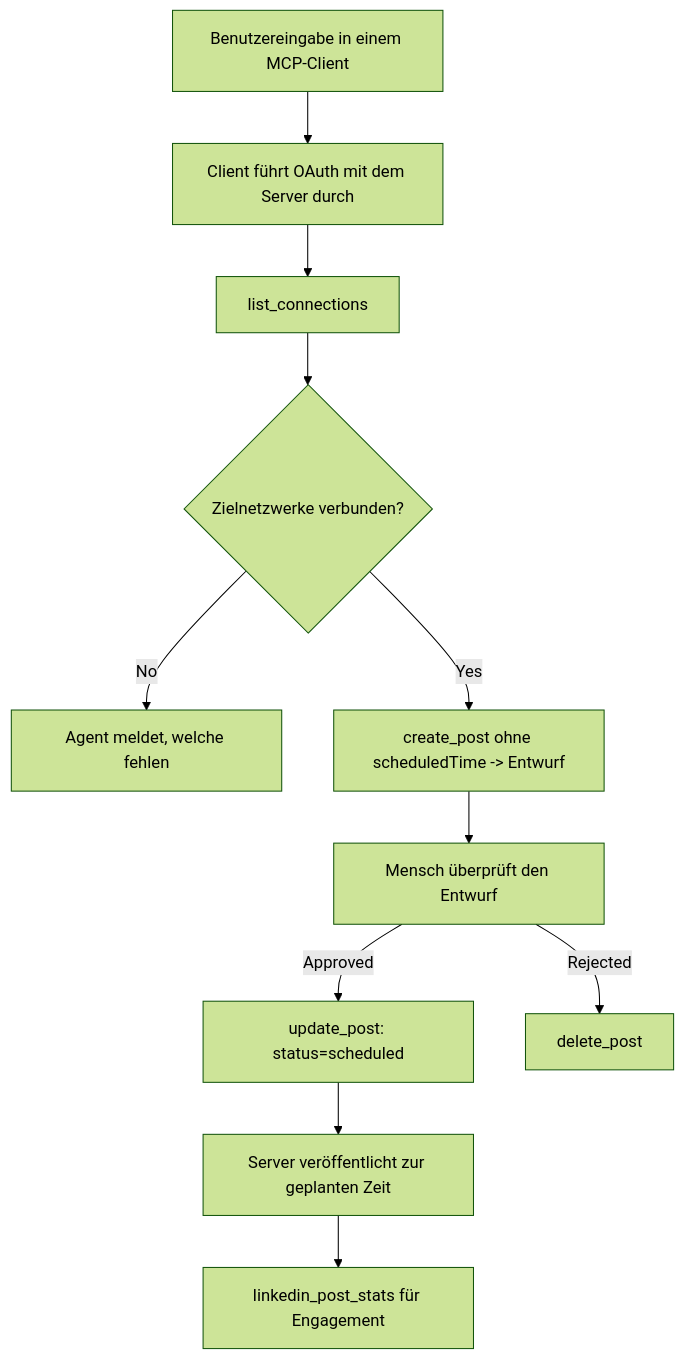
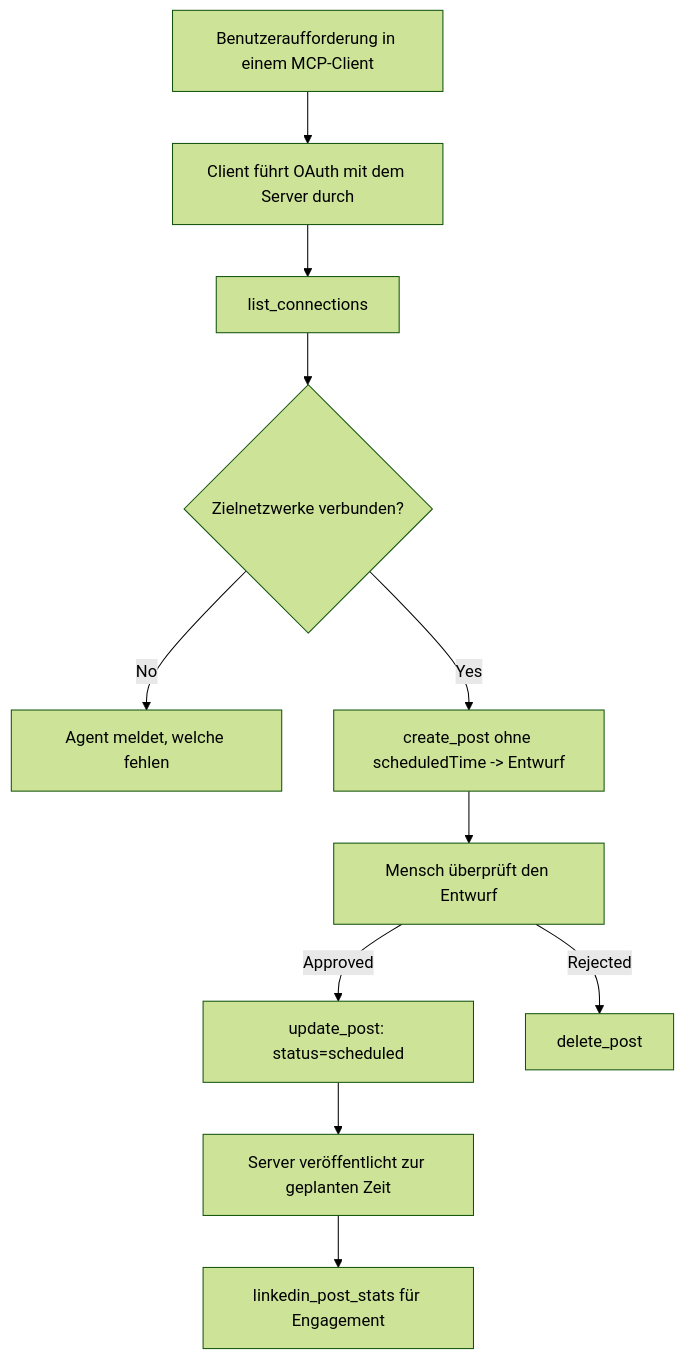
One commit to microsoft/mcp-for-beginners changed the diagram in translations/de/09-CaseStudy/publora-social-publishing.md. Above: the diagram before and after it, drawn with Mermaid (forest theme). The commit also changed other lines of this file and 136 other files, not shown here.

````diff
--- a/translations/de/09-CaseStudy/publora-social-publishing.md
+++ b/translations/de/09-CaseStudy/publora-social-publishing.md
@@ -47,13 +47,13 @@
 ```mermaid
 flowchart TD
-    A[Benutzereingabe in einem MCP-Client] --> B[Client führt OAuth mit dem Server durch]
+    A[Benutzeraufforderung in einem MCP-Client] --> B[Client führt OAuth mit dem Server durch]
     B --> C[list_connections]
     C --> D{Zielnetzwerke verbunden?}
     D -- No --> E[Agent meldet, welche fehlen]
     D -- Yes --> F[create_post ohne scheduledTime -> Entwurf]
     F --> G[Mensch überprüft den Entwurf]
     G -- Approved --> H[update_post: status=scheduled]
     G -- Rejected --> I[delete_post]
     H --> J[Server veröffentlicht zur geplanten Zeit]
     J --> K[linkedin_post_stats für Engagement]
 ```
````
